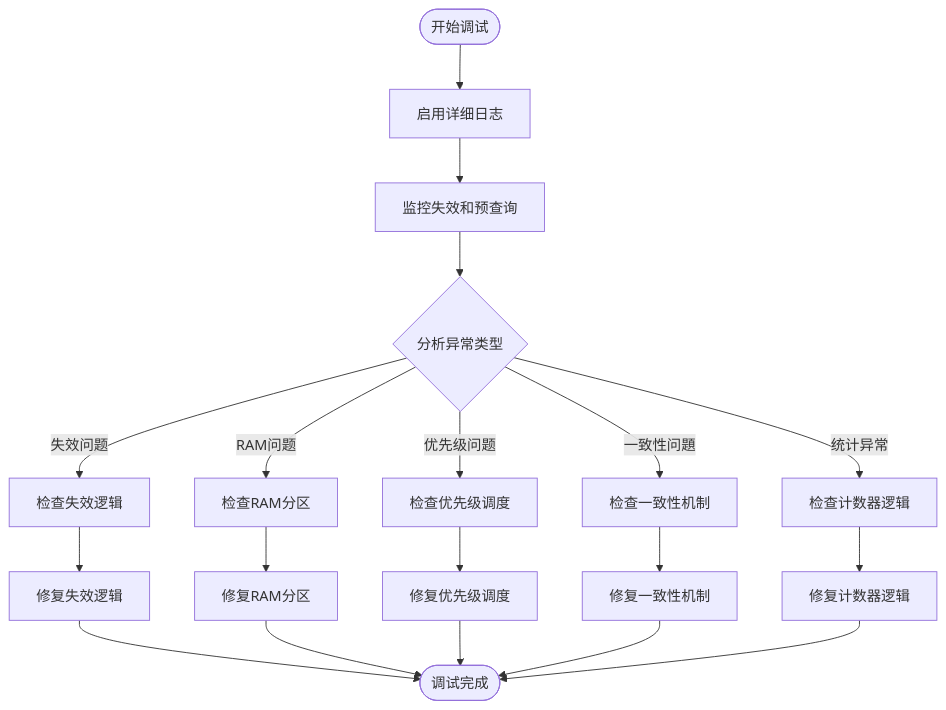
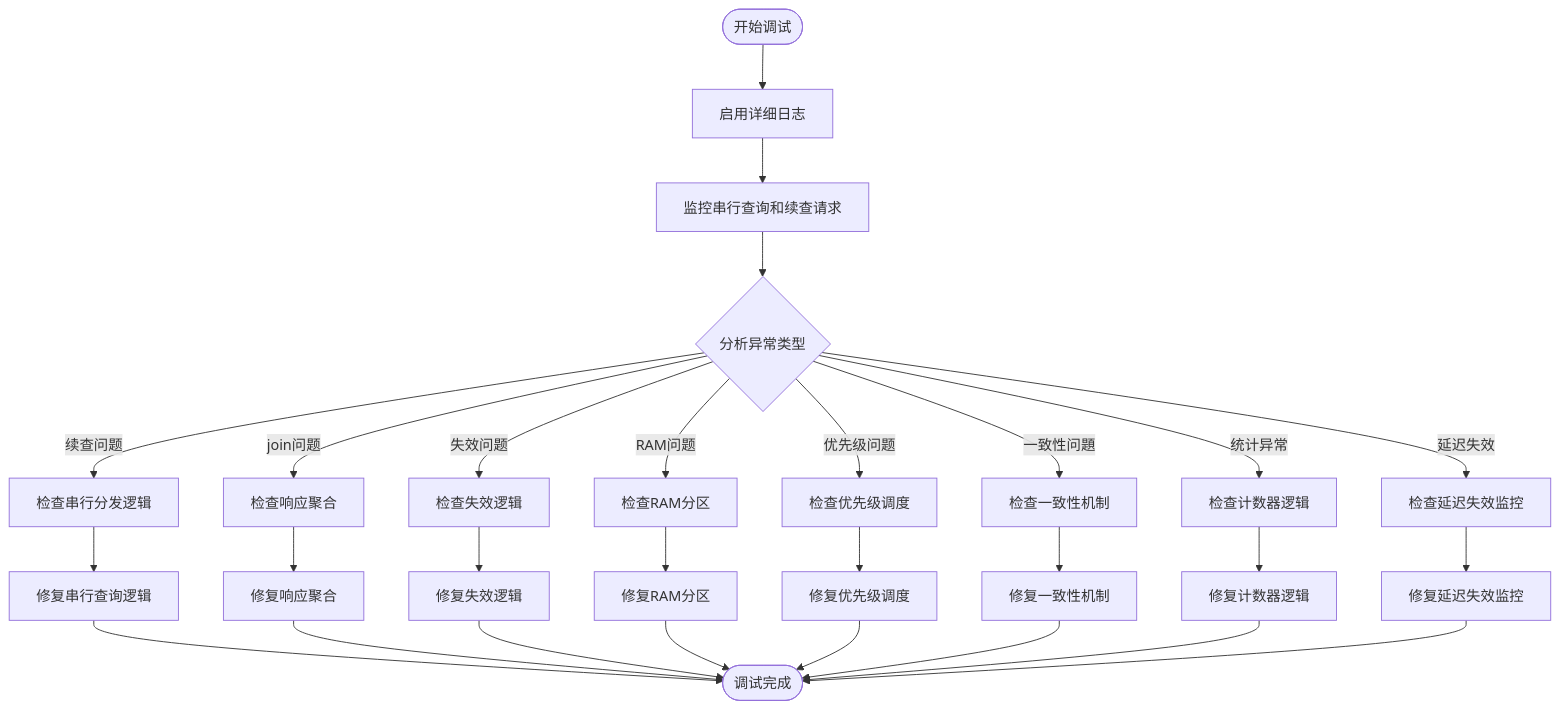
Before and after one commit to jiangjiang1122/iommu_model_20260401_v1: diagram 14 of 14 in .qoder/repowiki/zh/content/缓存系统/Walker缓存（地址转换遍历器缓存）.md, drawn with Mermaid. The commit also changed other lines of this file and 159 other files, not shown here.

Commit message:
chore: 更新知识库文档 + 新增PTW并发分析图表与数据文件

````diff
--- a/.qoder/repowiki/zh/content/缓存系统/Walker缓存（地址转换遍历器缓存）.md
+++ b/.qoder/repowiki/zh/content/缓存系统/Walker缓存（地址转换遍历器缓存）.md
@@ -934,21 +886,30 @@
 ```mermaid
 flowchart TD
 DebugStart([开始调试]) --> EnableLog["启用详细日志"]
-EnableLog --> Monitor["监控失效和预查询"]
+EnableLog --> Monitor["监控串行查询和续查请求"]
 Monitor --> Analyze{"分析异常类型"}
+Analyze --> |续查问题| CheckSerial["检查串行分发逻辑"]
+Analyze --> |join问题| CheckJoin["检查响应聚合"]
 Analyze --> |失效问题| CheckInval["检查失效逻辑"]
 Analyze --> |RAM问题| CheckRAM["检查RAM分区"]
 Analyze --> |优先级问题| CheckPriority["检查优先级调度"]
 Analyze --> |一致性问題| CheckCoherence["检查一致性机制"]
 Analyze --> |统计异常| CheckCounters["检查计数器逻辑"]
+Analyze --> |延迟失效| CheckLazyInval["检查延迟失效监控"]
+CheckSerial --> FixSerial["修复串行查询逻辑"]
+CheckJoin --> FixJoin["修复响应聚合"]
 CheckInval --> FixInval["修复失效逻辑"]
 CheckRAM --> FixRAM["修复RAM分区"]
 CheckPriority --> FixPriority["修复优先级调度"]
 CheckCoherence --> FixCoherence["修复一致性机制"]
 CheckCounters --> FixCounters["修复计数器逻辑"]
-FixInval --> DebugEnd([调试完成])
+CheckLazyInval --> FixLazyInval["修复延迟失效监控"]
+FixSerial --> DebugEnd([调试完成])
+FixJoin --> DebugEnd
+FixInval --> DebugEnd
 FixRAM --> DebugEnd
 FixPriority --> DebugEnd
 FixCoherence --> DebugEnd
 FixCounters --> DebugEnd
+FixLazyInval --> DebugEnd
 ```
````
